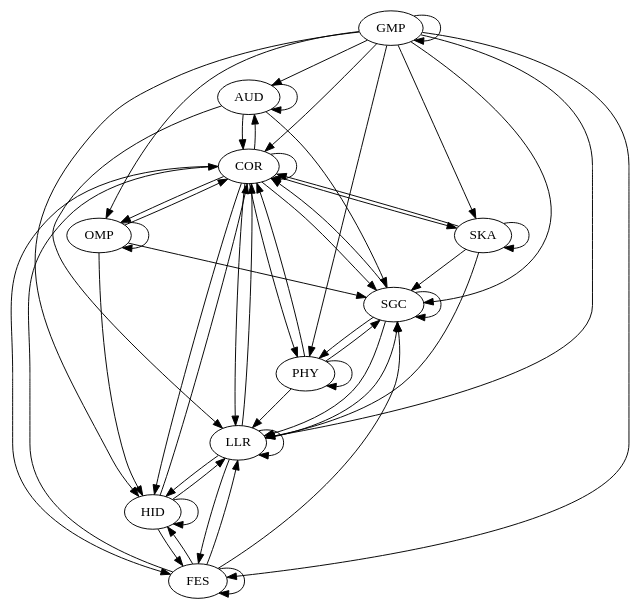
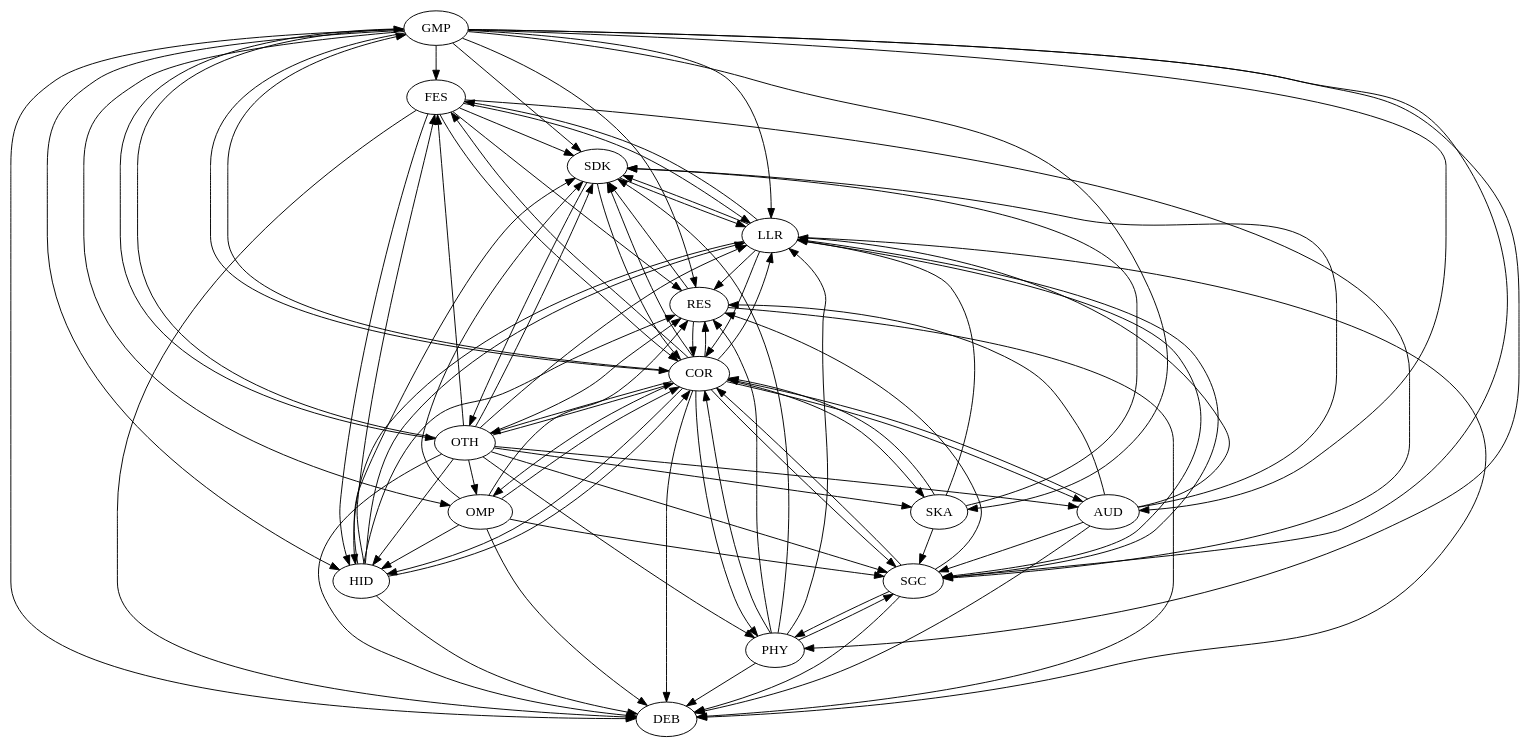
One commit to gamedev-studies/game-engine-analyser changed the diagram in 6_architectural_map_gen/outputs/urho3d.dot. Above: the diagram before and after it, drawn with Graphviz. The commit also changed 11 other files, not shown here.

```diff
--- a/6_architectural_map_gen/outputs/urho3d.dot
+++ b/6_architectural_map_gen/outputs/urho3d.dot
@@ -1,55 +1,94 @@
 digraph "source tree" {
-	"AUD" -> "AUD"
-	"AUD" -> "COR"
-	"AUD" -> "LLR"
-	"AUD" -> "SGC"
-	"COR" -> "AUD"
-	"COR" -> "COR"
-	"COR" -> "FES"
-	"COR" -> "HID"
-	"COR" -> "LLR"
-	"COR" -> "OMP"
-	"COR" -> "PHY"
-	"COR" -> "SGC"
-	"COR" -> "SKA"
-	"FES" -> "COR"
-	"FES" -> "FES"
-	"FES" -> "HID"
-	"FES" -> "LLR"
-	"FES" -> "SGC"
-	"GMP" -> "AUD"
-	"GMP" -> "COR"
-	"GMP" -> "FES"
-	"GMP" -> "GMP"
-	"GMP" -> "HID"
-	"GMP" -> "LLR"
-	"GMP" -> "OMP"
-	"GMP" -> "PHY"
-	"GMP" -> "SGC"
-	"GMP" -> "SKA"
-	"HID" -> "COR"
-	"HID" -> "FES"
-	"HID" -> "HID"
-	"HID" -> "LLR"
-	"LLR" -> "COR"
-	"LLR" -> "FES"
-	"LLR" -> "HID"
-	"LLR" -> "LLR"
-	"LLR" -> "SGC"
-	"OMP" -> "COR"
-	"OMP" -> "HID"
-	"OMP" -> "OMP"
-	"OMP" -> "SGC"
-	"PHY" -> "COR"
-	"PHY" -> "LLR"
-	"PHY" -> "PHY"
-	"PHY" -> "SGC"
-	"SGC" -> "COR"
-	"SGC" -> "LLR"
-	"SGC" -> "PHY"
-	"SGC" -> "SGC"
-	"SKA" -> "COR"
-	"SKA" -> "LLR"
-	"SKA" -> "SGC"
-	"SKA" -> "SKA"
+GMP->FES
+GMP->OMP
+GMP->PHY
+GMP->SDK
+GMP->LLR
+GMP->COR
+GMP->AUD
+GMP->DEB
+GMP->HID
+GMP->SGC
+GMP->SKA
+GMP->RES
+GMP->OTH
+RES->SDK
+RES->COR
+RES->DEB
+LLR->SGC
+LLR->RES
+LLR->HID
+LLR->FES
+LLR->DEB
+LLR->SDK
+LLR->COR
+SGC->COR
+SGC->RES
+SGC->LLR
+SGC->PHY
+SGC->DEB
+FES->SDK
+FES->SGC
+FES->HID
+FES->RES
+FES->LLR
+FES->DEB
+FES->COR
+OMP->SGC
+OMP->HID
+OMP->RES
+OMP->DEB
+OMP->SDK
+OMP->COR
+COR->FES
+COR->OMP
+COR->PHY
+COR->SDK
+COR->LLR
+COR->AUD
+COR->DEB
+COR->GMP
+COR->HID
+COR->SGC
+COR->SKA
+COR->RES
+COR->OTH
+SDK->LLR
+SDK->COR
+SDK->OTH
+PHY->COR
+PHY->SGC
+PHY->RES
+PHY->LLR
+PHY->SDK
+PHY->DEB
+HID->COR
+HID->RES
+HID->FES
+HID->LLR
+HID->SDK
+HID->DEB
+AUD->DEB
+AUD->SGC
+AUD->RES
+AUD->LLR
+AUD->SDK
+AUD->COR
+SKA->SDK
+SKA->LLR
+SKA->SGC
+SKA->COR
+OTH->FES
+OTH->OMP
+OTH->PHY
+OTH->SDK
+OTH->LLR
+OTH->COR
+OTH->AUD
+OTH->DEB
+OTH->HID
+OTH->GMP
+OTH->SGC
+OTH->SKA
+OTH->RES
 }
```
